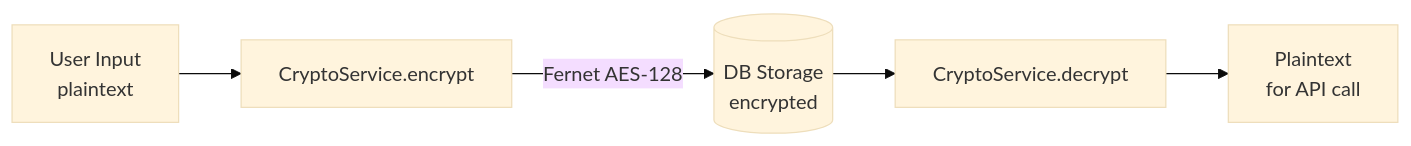
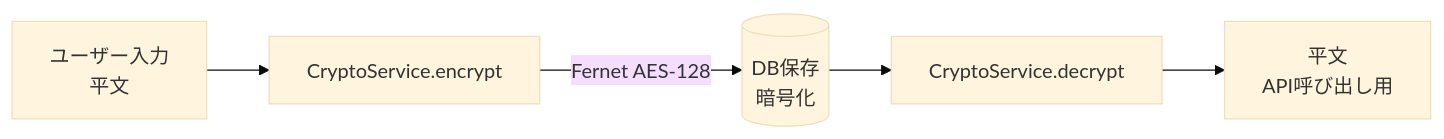
Before and after one commit to hampen2929/zloth: diagram 13 of 15 in docs/architecture.md, drawn with Mermaid (base theme). The commit also changed other lines of this file, not shown here.

Commit message:
docs: Comprehensive architecture documentation update (#275)

````diff
--- a/docs/architecture.md
+++ b/docs/architecture.md
@@ -263,7 +571,7 @@
 ```mermaid
 flowchart LR
-    A[User Input<br/>plaintext] --> B[CryptoService.encrypt]
-    B -->|Fernet AES-128| C[(DB Storage<br/>encrypted)]
+    A[ユーザー入力<br/>平文] --> B[CryptoService.encrypt]
+    B -->|Fernet AES-128| C[(DB保存<br/>暗号化)]
     C --> D[CryptoService.decrypt]
-    D --> E[Plaintext<br/>for API call]
+    D --> E[平文<br/>API呼び出し用]
 ```
````
